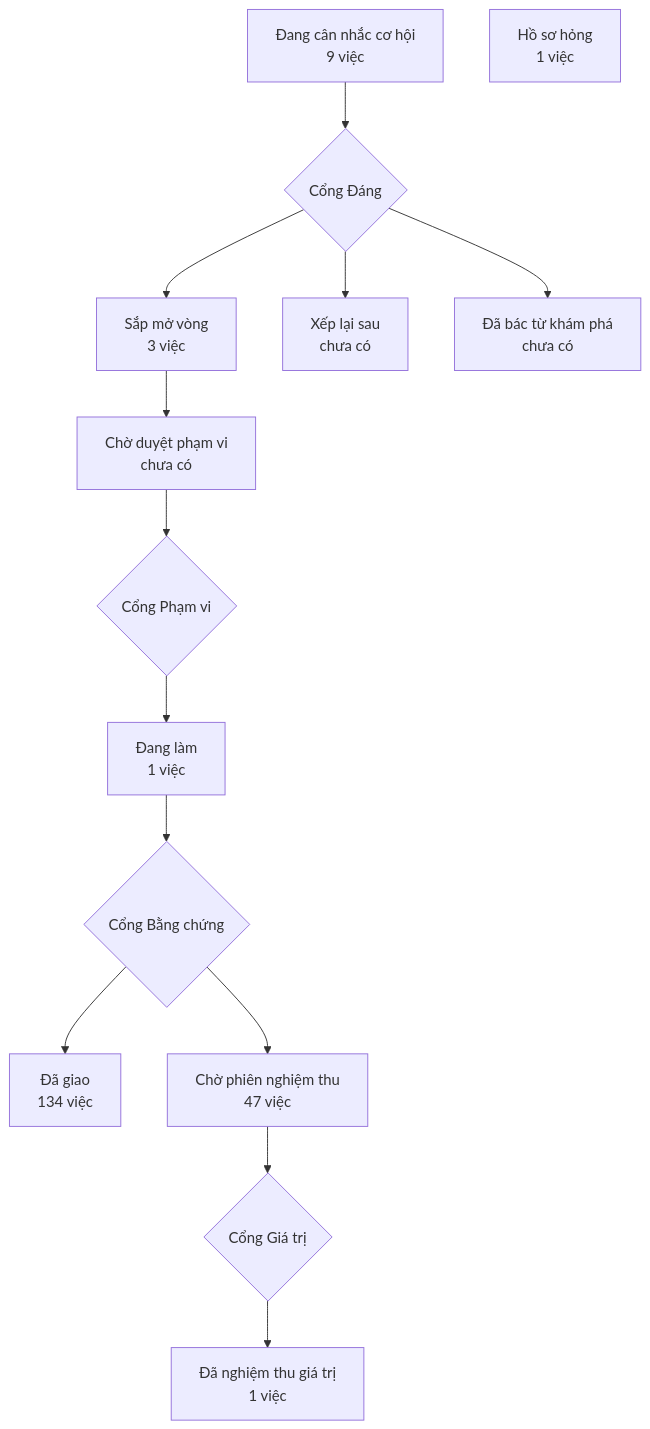
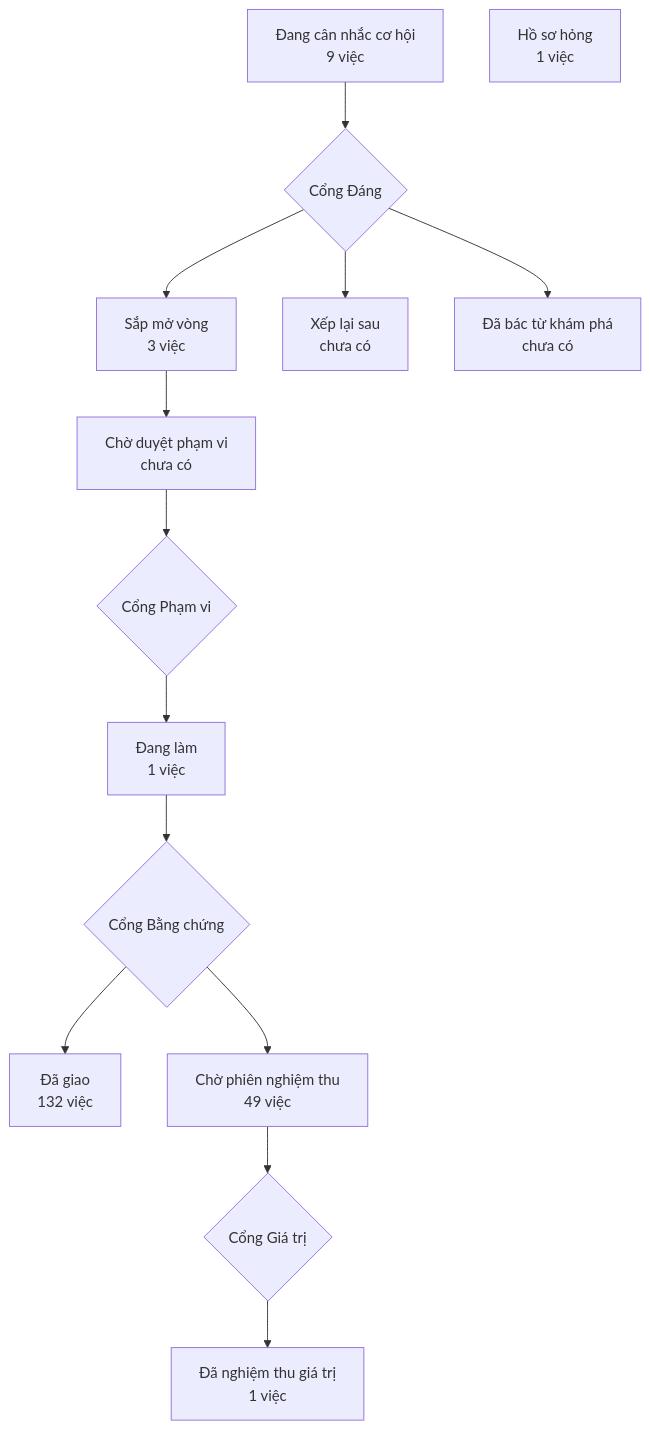
One commit to phanlemanh/crm-onehub changed the diagram in PRODUCT-MAP.md. Above: the diagram before and after it, drawn with Mermaid.

Commit message:
docs: vẽ lại bản đồ trên bản sạch sau khi gộp #308

````diff
--- a/PRODUCT-MAP.md
+++ b/PRODUCT-MAP.md
@@ -7,13 +7,13 @@
 ```mermaid
 flowchart TD
   A["Đang cân nhắc cơ hội<br/>9 việc"] --> GD{"Cổng Đáng"}
   GD --> B["Sắp mở vòng<br/>3 việc"]
   GD --> XL["Xếp lại sau<br/>chưa có"]
   GD --> DB["Đã bác từ khám phá<br/>chưa có"]
   B --> CD["Chờ duyệt phạm vi<br/>chưa có"] --> GP{"Cổng Phạm vi"}
   GP --> DL["Đang làm<br/>1 việc"] --> GB{"Cổng Bằng chứng"}
-  GB --> DG["Đã giao<br/>134 việc"]
-  GB --> CN["Chờ phiên nghiệm thu<br/>47 việc"] --> GG{"Cổng Giá trị"}
+  GB --> DG["Đã giao<br/>132 việc"]
+  GB --> CN["Chờ phiên nghiệm thu<br/>49 việc"] --> GG{"Cổng Giá trị"}
   GG --> NT["Đã nghiệm thu giá trị<br/>1 việc"]
   HS["Hồ sơ hỏng<br/>1 việc"]
 ```
````
